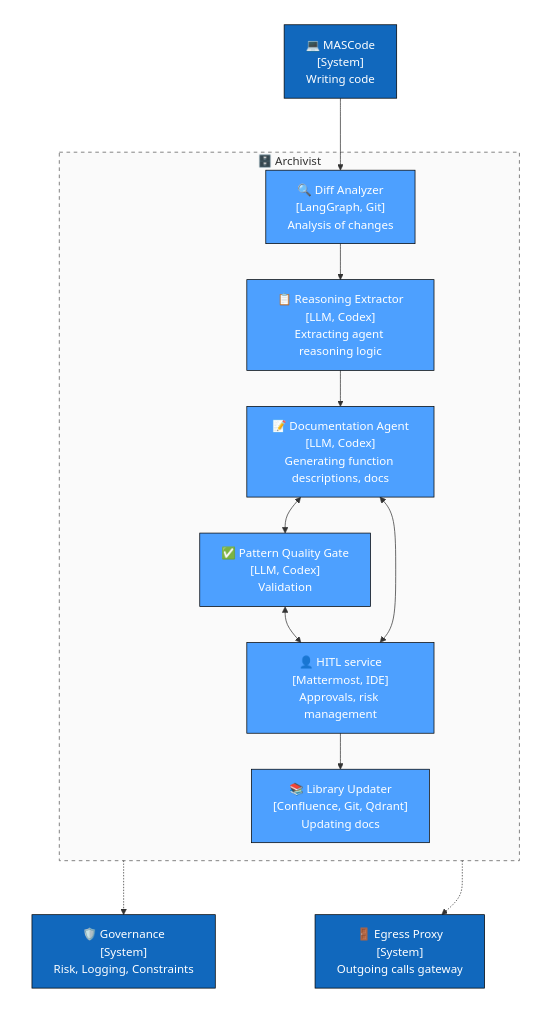
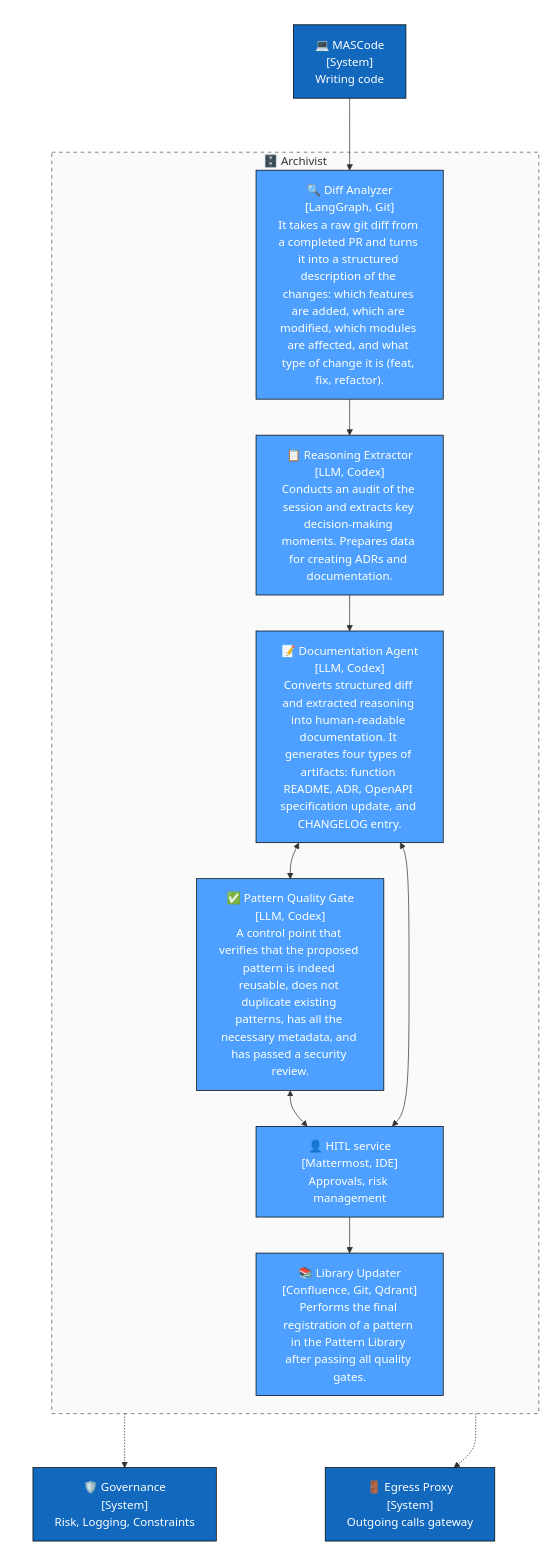
The diagram in c4schemes/container_archivist.mmd (Kir-Za/MAS), drawn with Mermaid before and after one commit. The commit also changed 3 other files, not shown here.

```diff
--- a/c4schemes/container_archivist.mmd
+++ b/c4schemes/container_archivist.mmd
@@ -1,35 +1,35 @@
 flowchart TD
     classDef actor fill:#08427b,stroke:#000,color:#fff,stroke-width:2px;
     classDef system fill:#1168bd,stroke:#000,color:#fff;
     classDef container fill:#4DA0FF,stroke:#000,color:#fff;
     classDef external fill:#999,stroke:#333,color:#fff;
 
     subgraph group_internal_0[" "]
         coder["💻 MASCode<br/>[System]<br/>Writing code"]:::system
     end
 
     subgraph group_internal_1["🗄️ Archivist"]
-        context_assembler["🔍 Diff Analyzer<br/>[LangGraph, Git]<br/>Analysis of changes"]:::container
-        reasoning_agent["📋 Reasoning Extractor<br/>[LLM, Codex]<br/>Extracting agent reasoning logic"]:::container
-        document_agent["📝 Documentation Agent<br/>[LLM, Codex]<br/>Generating function descriptions, docs"]:::container
-        pattern_scripts["✅ Pattern Quality Gate<br/>[LLM, Codex]<br/>Validation"]:::container
+        context_assembler["🔍 Diff Analyzer<br/>[LangGraph, Git]<br/>It takes a raw git diff from a completed PR and turns it into a structured description of the changes: which features are added, which are modified, which modules are affected, and what type of change it is (feat, fix, refactor)."]:::container
+        reasoning_agent["📋 Reasoning Extractor<br/>[LLM, Codex]<br/>Conducts an audit of the session and extracts key decision-making moments. Prepares data for creating ADRs and documentation."]:::container
+        document_agent["📝 Documentation Agent<br/>[LLM, Codex]<br/>Converts structured diff and extracted reasoning into human-readable documentation. It generates four types of artifacts: function README, ADR, OpenAPI specification update, and CHANGELOG entry."]:::container
+        pattern_scripts["✅ Pattern Quality Gate<br/>[LLM, Codex]<br/>A control point that verifies that the proposed pattern is indeed reusable, does not duplicate existing patterns, has all the necessary metadata, and has passed a security review."]:::container
         hitl["👤 HITL service<br/>[Mattermost, IDE]<br/>Approvals, risk management"]:::container
-        publisher_scripts["📚 Library Updater<br/>[Confluence, Git, Qdrant]<br/>Updating docs"]:::container
+        publisher_scripts["📚 Library Updater<br/>[Confluence, Git, Qdrant]<br/>Рerforms the final registration of a pattern in the Pattern Library after passing all quality gates."]:::container
     end
 
     subgraph group_internal_2[" "]
         governance["🛡️ Governance<br/>[System]<br/>Risk, Logging, Constraints"]:::system
         egress["🚪 Egress Proxy<br/>[System]<br/>Outgoing calls gateway"]:::system
     end
 
     coder --> context_assembler --> reasoning_agent --> document_agent
     document_agent <--> pattern_scripts <--> hitl <--> document_agent
     hitl --> publisher_scripts
 
     publisher_scripts ~~~ egress
     group_internal_1 -.-> governance    
     group_internal_1 -.-> egress
 
     style group_internal_0 fill:none,stroke:none,stroke-width:0px;
     style group_internal_1 stroke:#555,stroke-dasharray: 5 5,fill:#f9f9f9,fill-opacity:0.8;
     style group_internal_2 fill:none,stroke:none,stroke-width:0px;
```
